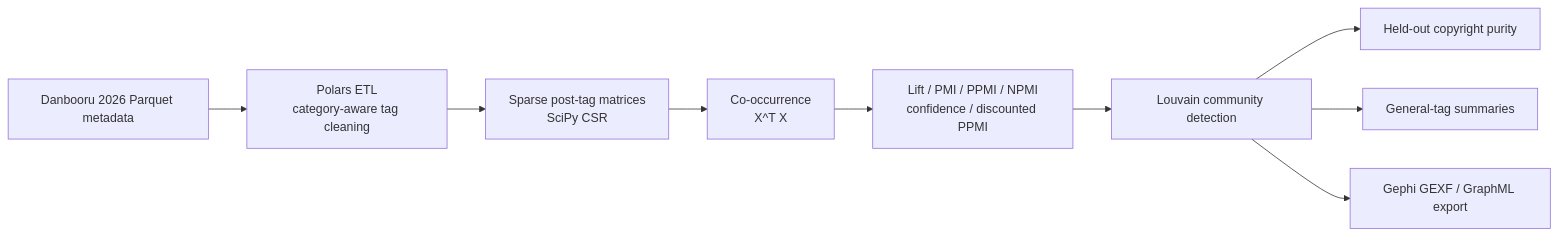
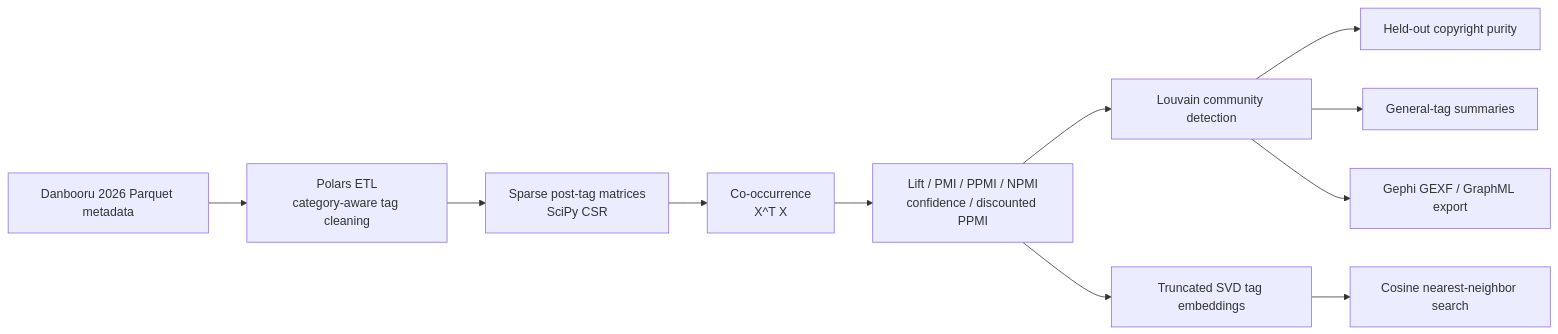
One commit to Jujun111/danbooru-tag-ontology-graph changed the diagram in README.md. Above: the diagram before and after it, drawn with Mermaid. The commit also changed other lines of this file and 4 other files, not shown here.

Commit message:
Add SVD tag embedding baseline

````diff
--- a/README.md
+++ b/README.md
@@ -25,11 +25,13 @@
 ```mermaid
 flowchart LR
     A["Danbooru 2026 Parquet metadata"] --> B["Polars ETL<br/>category-aware tag cleaning"]
     B --> C["Sparse post-tag matrices<br/>SciPy CSR"]
     C --> D["Co-occurrence<br/>X^T X"]
     D --> E["Lift / PMI / PPMI / NPMI<br/>confidence / discounted PPMI"]
     E --> F["Louvain community detection"]
+    E --> J["Truncated SVD tag embeddings"]
     F --> G["Held-out copyright purity"]
     F --> H["General-tag summaries"]
     F --> I["Gephi GEXF / GraphML export"]
+    J --> K["Cosine nearest-neighbor search"]
 ```
````
